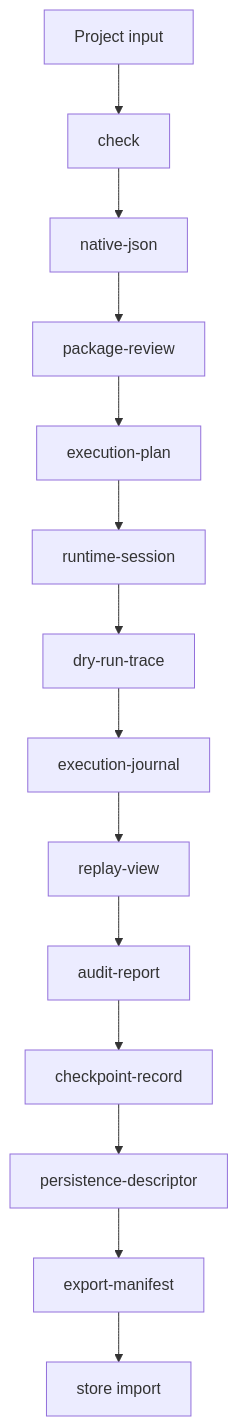
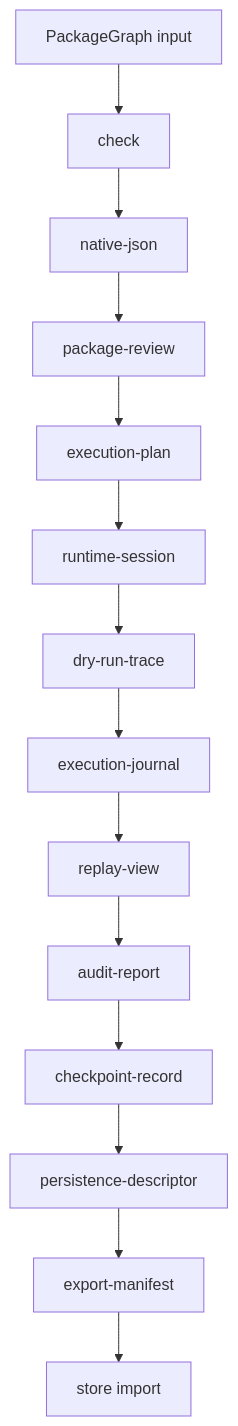
One commit to Zzzode/AHFL changed the diagram in docs/reference/user-guide-execution.zh.md. Above: the diagram before and after it, drawn with Mermaid. The commit also changed other lines of this file and 7 other files, not shown here.

````diff
--- a/docs/reference/user-guide-execution.zh.md
+++ b/docs/reference/user-guide-execution.zh.md
@@ -7,16 +7,16 @@
 ```mermaid
 flowchart TB
-    Project[Project input] --> Check[check]
+    PackageInput[PackageGraph input] --> Check[check]
     Check --> Native[native-json]
     Native --> Package[package-review]
     Package --> Plan[execution-plan]
     Plan --> Session[runtime-session]
     Session --> Trace[dry-run-trace]
     Trace --> Journal[execution-journal]
     Journal --> Replay[replay-view]
     Replay --> Audit[audit-report]
     Audit --> Checkpoint[checkpoint-record]
     Checkpoint --> Persistence[persistence-descriptor]
     Persistence --> Export[export-manifest]
     Export --> Store[store import]
 ```
````
